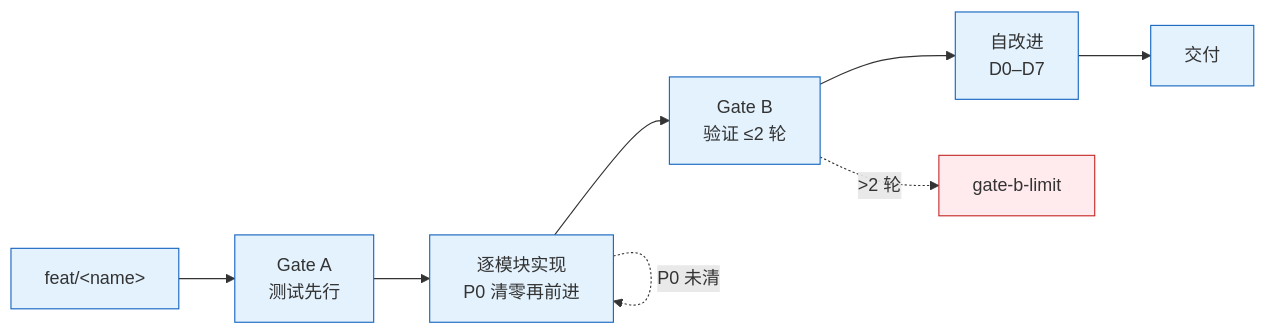
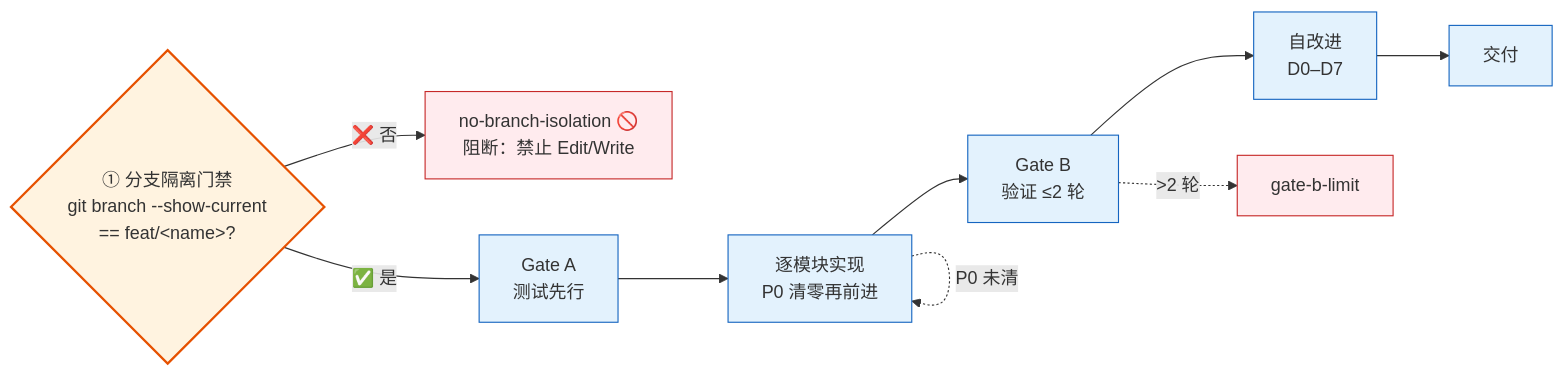
Before and after one commit to effiy/YrY: the sixth of 11 diagrams in skills/rui/SKILL.md, drawn with Mermaid. The commit also changed other lines of this file and 4 other files, not shown here.

First line of the commit message:
fix: strengthen branch isolation — doc writes must also use feat branch

````diff
--- a/skills/rui/SKILL.md
+++ b/skills/rui/SKILL.md
@@ -219,12 +228,14 @@
 ```mermaid
 flowchart LR
-    A[feat/&lt;name&gt;]:::s --> B[Gate A<br/>测试先行]:::s
-    B --> C[逐模块实现<br/>P0 清零再前进]:::s
-    C --> D[Gate B<br/>验证 ≤2 轮]:::s
-    D --> E[自改进<br/>D0–D7]:::s
-    E --> F[交付]:::s
-    C -.P0 未清.-> C
-    D -.>2 轮.-> X[gate-b-limit]:::bad
+    BR{"① 分支隔离门禁<br/>git branch --show-current<br/>== feat/&lt;name&gt;?"}:::gate -->|"❌ 否"| BLOCK["no-branch-isolation 🚫<br/>阻断：禁止 Edit/Write"]:::bad
+    BR -->|"✅ 是"| A[Gate A<br/>测试先行]:::s
+    A --> B[逐模块实现<br/>P0 清零再前进]:::s
+    B --> C[Gate B<br/>验证 ≤2 轮]:::s
+    C --> D[自改进<br/>D0–D7]:::s
+    D --> E[交付]:::s
+    B -.P0 未清.-> B
+    C -.>2 轮.-> X[gate-b-limit]:::bad
     classDef s fill:#e3f2fd,stroke:#1565c0;
+    classDef gate fill:#fff3e0,stroke:#e65100,stroke-width:2px;
     classDef bad fill:#ffebee,stroke:#c62828;
 ```
````
